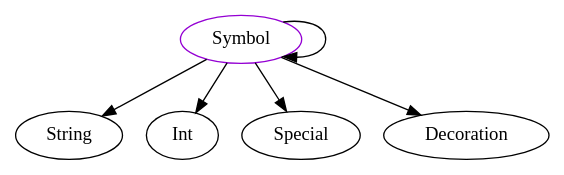
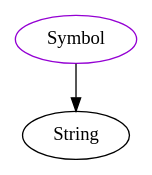
One commit to JacquesCarette/Drasil changed the diagram in analysis/TypeDependencyGraphs/lang/Symbol.dot. Above: the diagram before and after it, drawn with Graphviz. The commit also changed 8395 other files, not shown here.

```diff
--- a/analysis/TypeDependencyGraphs/lang/Symbol.dot
+++ b/analysis/TypeDependencyGraphs/lang/Symbol.dot
@@ -1,8 +1,4 @@
 digraph symbol{
 Symbol -> String;
-Symbol -> Int;
-Symbol -> Special;
-Symbol -> Decoration;
-Symbol -> Symbol;
 Symbol	[shape=oval, color=darkviolet, label="Symbol"];
 }
```
